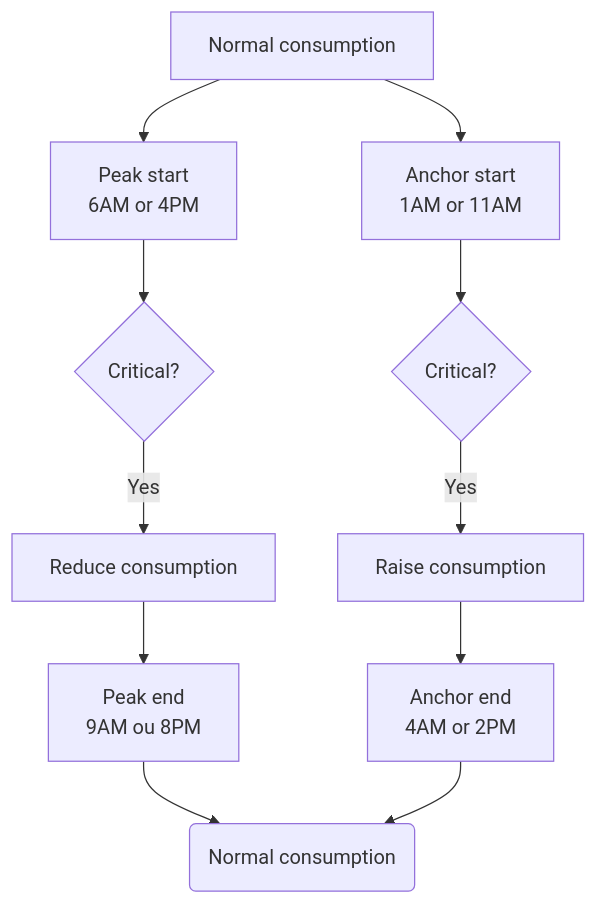
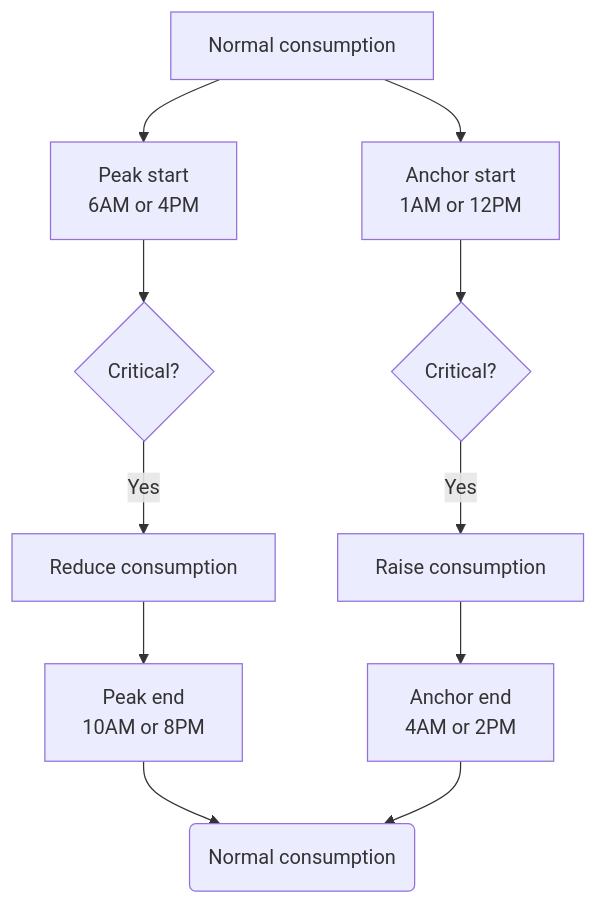
The second of 3 diagrams in content/en/docs/Dynamic Pricing/Winter Credits/optimization-logics.md (hydroqc/hydroqc.github.io), drawn with Mermaid before and after one commit. The commit also changed other lines of this file and 7 other files, not shown here.

````diff
--- a/content/en/docs/Dynamic Pricing/Winter Credits/optimization-logics.md
+++ b/content/en/docs/Dynamic Pricing/Winter Credits/optimization-logics.md
@@ -57,14 +62,14 @@
 ```mermaid
 graph TD
-	      NormalStart[Normal consumption] -->PeakStart & AnchorStart
-	      PeakStart[Peak start<br/>6AM or 4PM] -->PeakCritical{Critical?}
-	      PeakCritical -->|Yes| PeakLowCon[Reduce consumption]
+       NormalStart[Normal consumption] -->PeakStart & AnchorStart
+       PeakStart[Peak start<br/>6AM or 4PM] -->PeakCritical{Critical?}
+       PeakCritical -->|Yes| PeakLowCon[Reduce consumption]
 
-	      AnchorStart[Anchor start<br/>1AM or 11AM] -->AnchorCritical{Critical?}
+       AnchorStart[Anchor start<br/>1AM or 12PM] -->AnchorCritical{Critical?}
 
-	      AnchorCritical -->|Yes| AnchorHighCon[Raise consumption]
-	      PeakLowCon --> PeakEnd
-	      AnchorHighCon --> AnchorEnd
-	      PeakEnd[Peak end<br/>9AM ou 8PM] --> Normal
-	      AnchorEnd[Anchor end<br/>4AM or 2PM] --> Normal(Normal consumption)
+       AnchorCritical -->|Yes| AnchorHighCon[Raise consumption]
+       PeakLowCon --> PeakEnd
+       AnchorHighCon --> AnchorEnd
+       PeakEnd[Peak end<br/>10AM or 8PM] --> Normal
+       AnchorEnd[Anchor end<br/>4AM or 2PM] --> Normal(Normal consumption)
 ```
````
